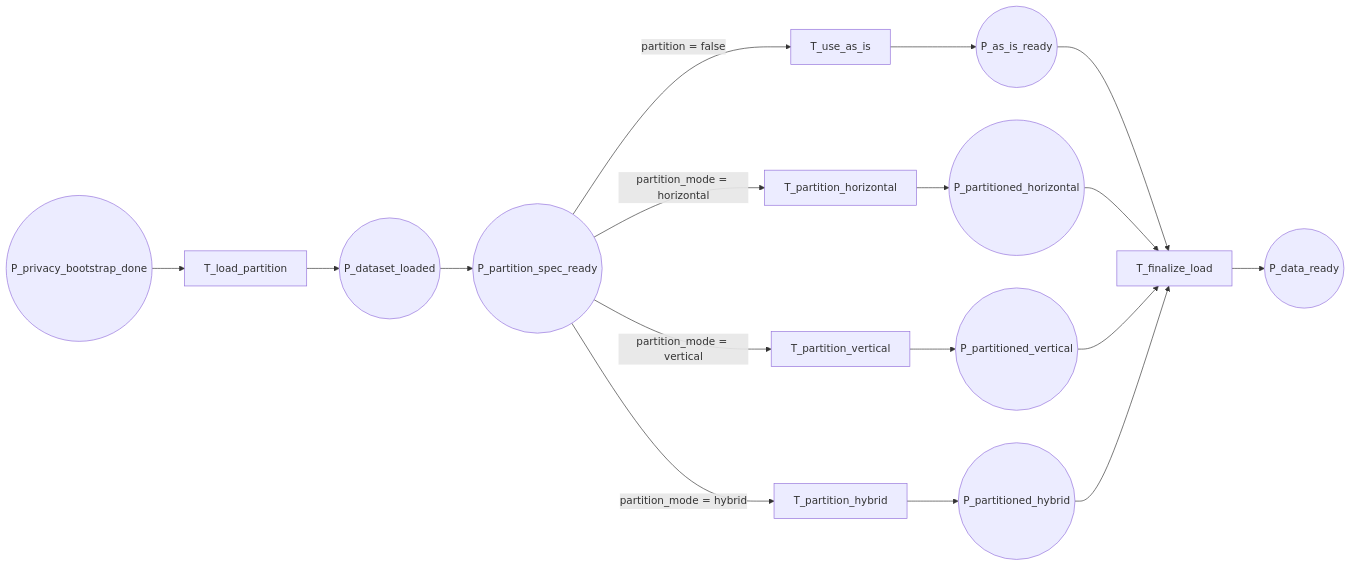
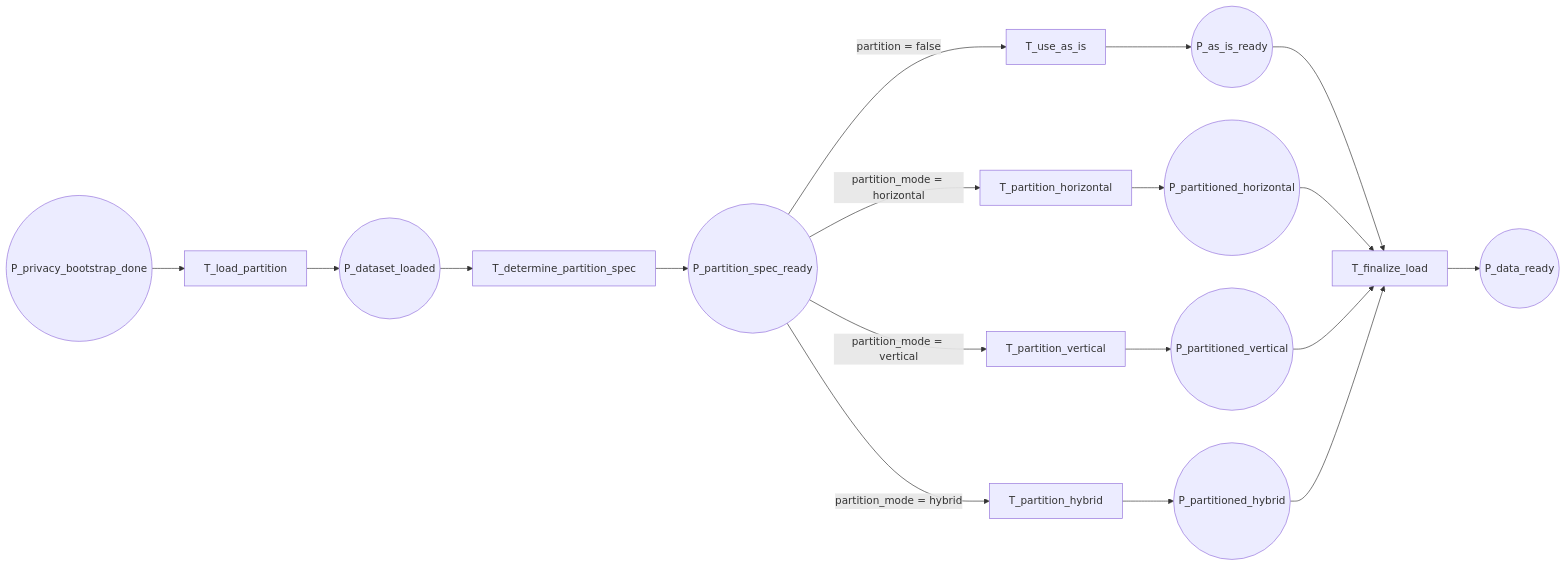
One commit to Xtra-Computing/FedTree changed the diagram in docs/flow/16-p5-flow.md. Above: the diagram before and after it, drawn with Mermaid. The commit also changed other lines of this file and 5 other files, not shown here.

````diff
--- a/docs/flow/16-p5-flow.md
+++ b/docs/flow/16-p5-flow.md
@@ -19,30 +19,31 @@
 ```mermaid
 flowchart LR
     P_privacy_bootstrap_done((P_privacy_bootstrap_done))
     T_load_partition[T_load_partition]
     P_dataset_loaded((P_dataset_loaded))
+    T_determine_partition_spec[T_determine_partition_spec]
     T_use_as_is[T_use_as_is]
     T_partition_horizontal[T_partition_horizontal]
     T_partition_vertical[T_partition_vertical]
     T_partition_hybrid[T_partition_hybrid]
     P_partition_spec_ready((P_partition_spec_ready))
     P_as_is_ready((P_as_is_ready))
     P_partitioned_horizontal((P_partitioned_horizontal))
     P_partitioned_vertical((P_partitioned_vertical))
     P_partitioned_hybrid((P_partitioned_hybrid))
     T_finalize_load[T_finalize_load]
     P_data_ready((P_data_ready))
 
     P_privacy_bootstrap_done --> T_load_partition --> P_dataset_loaded
-    P_dataset_loaded --> P_partition_spec_ready
+    P_dataset_loaded --> T_determine_partition_spec --> P_partition_spec_ready
 
     P_partition_spec_ready -->|partition = false| T_use_as_is --> P_as_is_ready
     P_partition_spec_ready -->|partition_mode = horizontal| T_partition_horizontal --> P_partitioned_horizontal
     P_partition_spec_ready -->|partition_mode = vertical| T_partition_vertical --> P_partitioned_vertical
     P_partition_spec_ready -->|partition_mode = hybrid| T_partition_hybrid --> P_partitioned_hybrid
 
     P_as_is_ready --> T_finalize_load --> P_data_ready
     P_partitioned_horizontal --> T_finalize_load
     P_partitioned_vertical --> T_finalize_load
     P_partitioned_hybrid --> T_finalize_load
 ```
````
